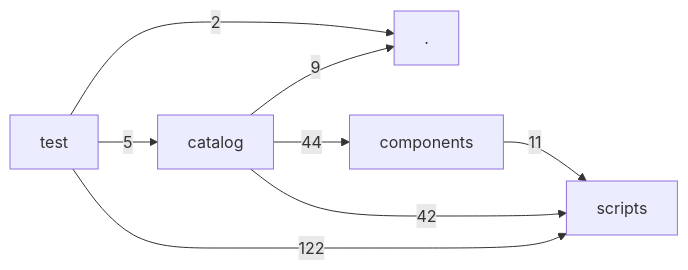
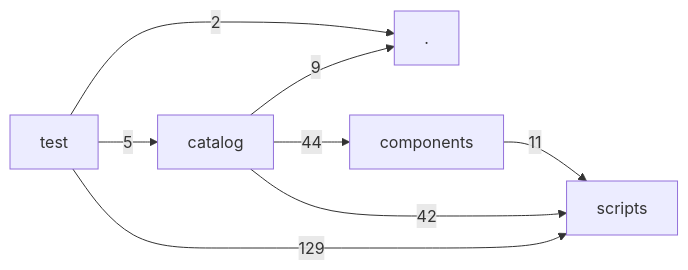
Before and after one commit to hackersandwizards/documents: the diagram in docs/architecture/layers.md, drawn with Mermaid. The commit also changed 49 other files, not shown here.

````diff
--- a/docs/architecture/layers.md
+++ b/docs/architecture/layers.md
@@ -3,15 +3,15 @@
 ```mermaid
 graph LR
   L0["."]
   L1["catalog"]
   L2["components"]
   L3["scripts"]
   L4["test"]
   L1 -->|9| L0
   L1 -->|44| L2
   L1 -->|42| L3
   L2 -->|11| L3
   L4 -->|2| L0
   L4 -->|5| L1
-  L4 -->|122| L3
+  L4 -->|129| L3
 ```
````
